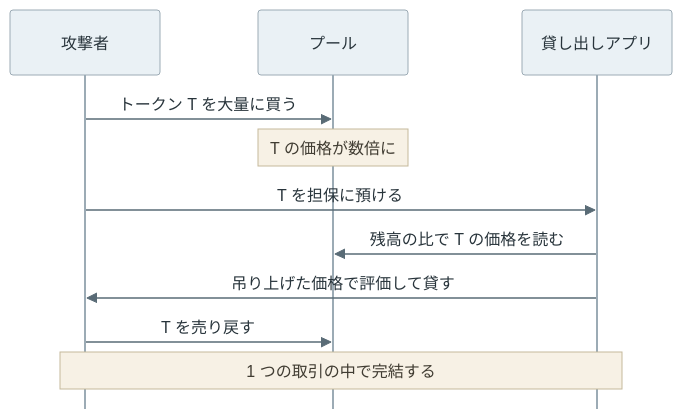
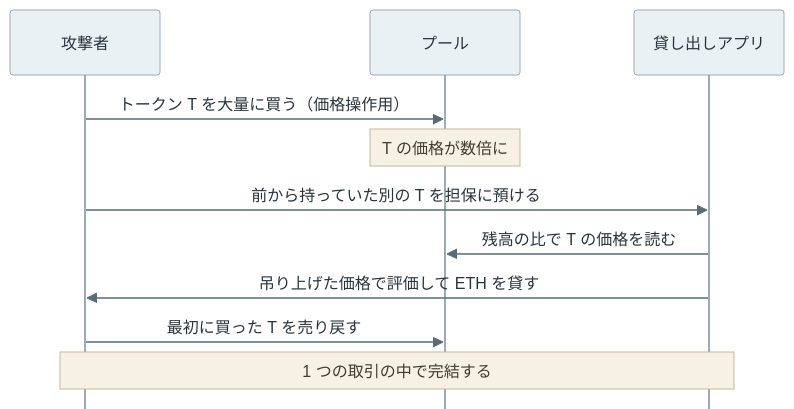
One commit to nao1215/debimate changed the second of 3 diagrams in content/notes/blockchain-systems/amm/index.md. Above: the diagram before and after it, drawn with Mermaid. The commit also changed other lines of this file and 425 other files, not shown here.

````diff
--- a/content/notes/blockchain-systems/amm/index.md
+++ b/content/notes/blockchain-systems/amm/index.md
@@ -243,14 +264,14 @@
 ```mermaid
 %%{init: {"theme":"base","sequence":{"mirrorActors":false},"themeVariables":{"primaryColor":"#eaf1f5","primaryTextColor":"#28343b","primaryBorderColor":"#9cabb5","lineColor":"#596b76","textColor":"#28343b","actorBkg":"#eaf1f5","actorBorder":"#9cabb5","actorTextColor":"#28343b","actorLineColor":"#9cabb5","signalColor":"#596b76","signalTextColor":"#28343b","noteBkgColor":"#f7f1e5","noteBorderColor":"#c5b99b","noteTextColor":"#403c32"}}}%%
 sequenceDiagram
     participant A as 攻撃者
     participant P as プール
     participant L as 貸し出しアプリ
-    A->>P: トークン T を大量に買う
+    A->>P: トークン T を大量に買う（価格操作用）
     Note over P: T の価格が数倍に
-    A->>L: T を担保に預ける
+    A->>L: 前から持っていた別の T を担保に預ける
     L->>P: 残高の比で T の価格を読む
-    L->>A: 吊り上げた価格で評価して貸す
-    A->>P: T を売り戻す
+    L->>A: 吊り上げた価格で評価して ETH を貸す
+    A->>P: 最初に買った T を売り戻す
     Note over A,L: 1 つの取引の中で完結する
 ```
````
